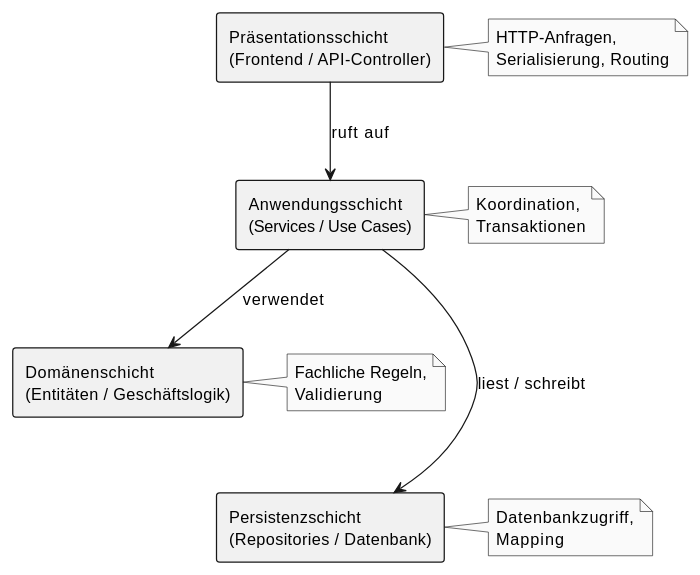
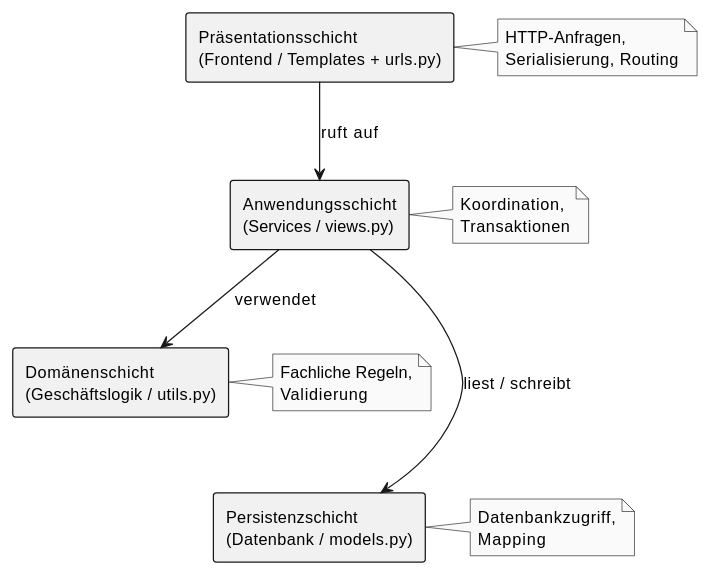
Before and after one commit to casio888/SE-G2-EventFlow: the first of 5 diagrams in docs/technical/design.adoc, drawn with PlantUML. The commit also changed other lines of this file and 1 other file, not shown here.

```diff
--- a/docs/technical/design.adoc
+++ b/docs/technical/design.adoc
@@ -24,24 +24,24 @@
 [plantuml, layer-diagram, svg]
 ....
 @startuml
 skinparam monochrome true
 skinparam defaultFontSize 13
 skinparam rectangleBorderThickness 1
 
-rectangle "Präsentationsschicht\n(Frontend / API-Controller)" as presentation
-rectangle "Anwendungsschicht\n(Services / Use Cases)" as application
-rectangle "Domänenschicht\n(Entitäten / Geschäftslogik)" as domain
-rectangle "Persistenzschicht\n(Repositories / Datenbank)" as persistence
+rectangle "Präsentationsschicht\n(Frontend / Templates + urls.py)" as presentation
+rectangle "Anwendungsschicht\n(Services / views.py)" as application
+rectangle "Domänenschicht\n(Geschäftslogik / utils.py)" as domain
+rectangle "Persistenzschicht\n(Datenbank / models.py)" as persistence
 
 presentation -down-> application : ruft auf
 application -down-> domain : verwendet
 application -down-> persistence : liest / schreibt
 domain -[hidden]down- persistence
 
 note right of presentation : HTTP-Anfragen,\nSerialisierung, Routing
 note right of application : Koordination,\nTransaktionen
 note right of domain : Fachliche Regeln,\nValidierung
 note right of persistence : Datenbankzugriff,\nMapping
 
 @enduml
 ....
```
